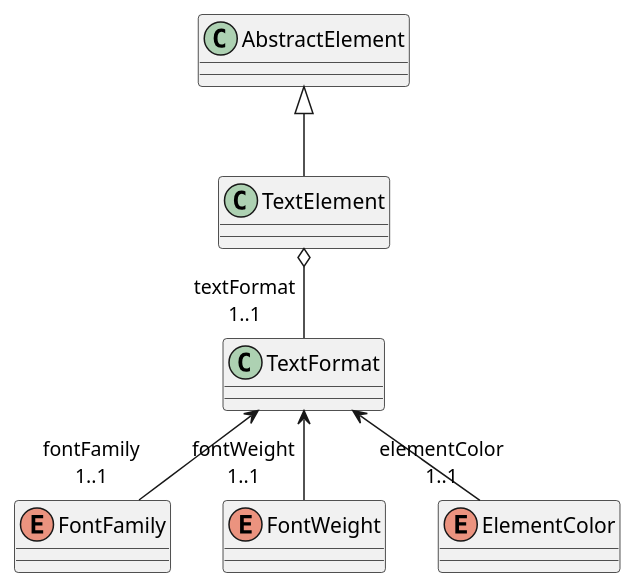
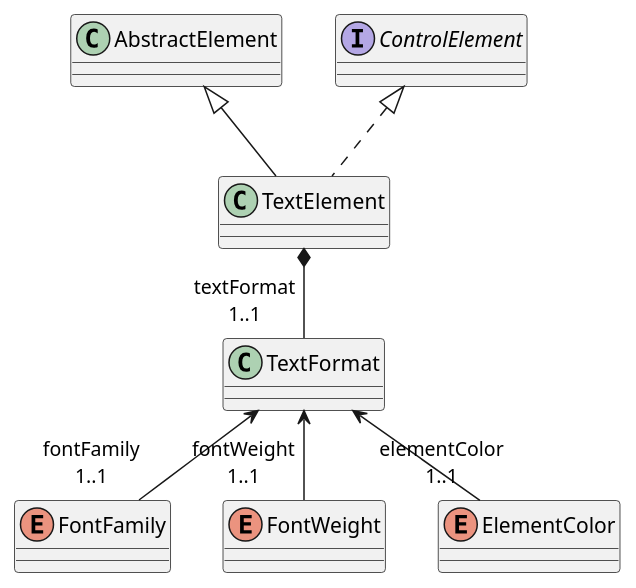
The diagram in puml/card/text.puml (cervonwong/sona-javafx), drawn with PlantUML before and after one commit. The commit also changed 2 other files, not shown here.

Commit message:
Update UML for card elements

```diff
--- a/puml/card/text.puml
+++ b/puml/card/text.puml
@@ -1,21 +1,24 @@
 @startuml
 
 skinparam classAttributeIconSize 0
 skinparam wrapWidth 400
 
 class TextFormat
 class TextElement
+
 class AbstractElement
+interface ControlElement
 
 enum FontFamily
 enum FontWeight
 enum ElementColor
 
 AbstractElement <|-- TextElement
-TextElement o-- "textFormat\n1..1" TextFormat
+ControlElement <|.. TextElement
+TextElement *-- "textFormat\n1..1" TextFormat
 
 TextFormat <-- "fontFamily\n1..1" FontFamily
 TextFormat <-- "fontWeight\n1..1" FontWeight
 TextFormat <-- "elementColor\n1..1" ElementColor
 
 @enduml
```
